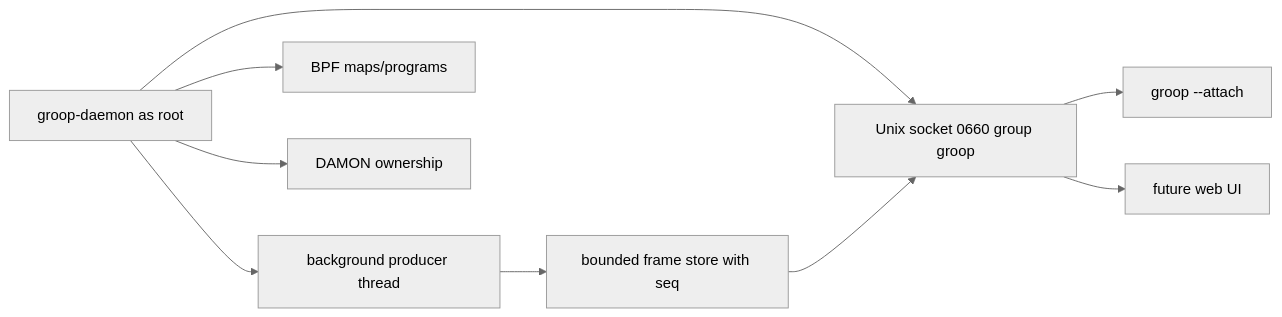
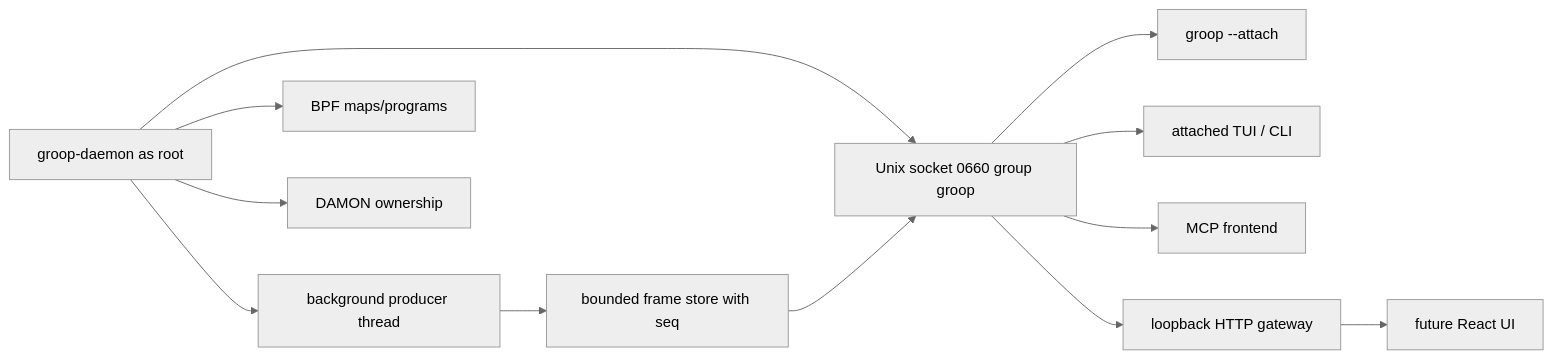
Before and after one commit to volkb79-2/vbpub: the third of 3 diagrams in groop/docs/ARCHITECTURE.md, drawn with Mermaid (neutral theme). The commit also changed other lines of this file and 44 other files, not shown here.

````diff
--- a/groop/docs/ARCHITECTURE.md
+++ b/groop/docs/ARCHITECTURE.md
@@ -114,11 +116,14 @@
 ```mermaid
 flowchart LR
     RootDaemon[groop-daemon as root] --> Producer[background producer thread]
     Producer --> Store[bounded frame store with seq]
     RootDaemon --> Socket[Unix socket 0660 group groop]
     Store --> Socket
     Socket --> TUI[groop --attach]
-    Socket --> FutureWeb[future web UI]
+    Socket --> AttachClient[attached TUI / CLI]
+    Socket --> MCP[MCP frontend]
+    Socket --> Gateway[loopback HTTP gateway]
+    Gateway --> FutureWeb[future React UI]
     RootDaemon --> BPF[BPF maps/programs]
     RootDaemon --> DamonState[DAMON ownership]
 ```
````
